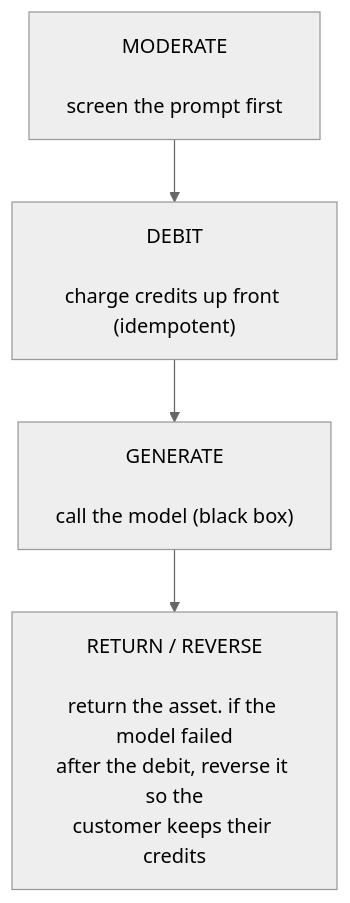
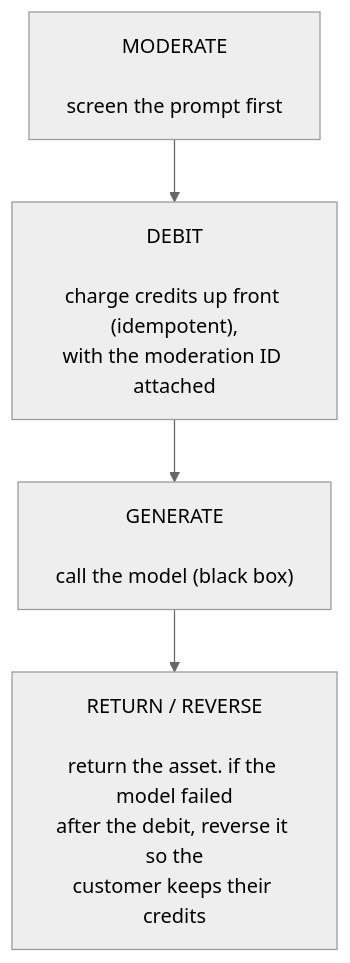
One commit to armitage-labs/creem changed the diagram in packages/docs/guides/safe-metered-ai-image-video-generator.mdx. Above: the diagram before and after it, drawn with Mermaid (neutral theme). The commit also changed other lines of this file and 20 other files, not shown here.

First line of the commit message:
feat(examples): move Aperture to the Gen AI generation wallet flow

````diff
--- a/packages/docs/guides/safe-metered-ai-image-video-generator.mdx
+++ b/packages/docs/guides/safe-metered-ai-image-video-generator.mdx
@@ -21,8 +22,8 @@
 ```mermaid
 flowchart TD
     A["MODERATE<br/><br/>screen the prompt first"]
-    B["DEBIT<br/><br/>charge credits up front (idempotent)"]
+    B["DEBIT<br/><br/>charge credits up front (idempotent),<br/>with the moderation ID attached"]
     C["GENERATE<br/><br/>call the model (black box)"]
     D["RETURN / REVERSE<br/><br/>return the asset. if the model failed<br/>after the debit, reverse it so the<br/>customer keeps their credits"]
     A --> B --> C --> D
 ```
````
